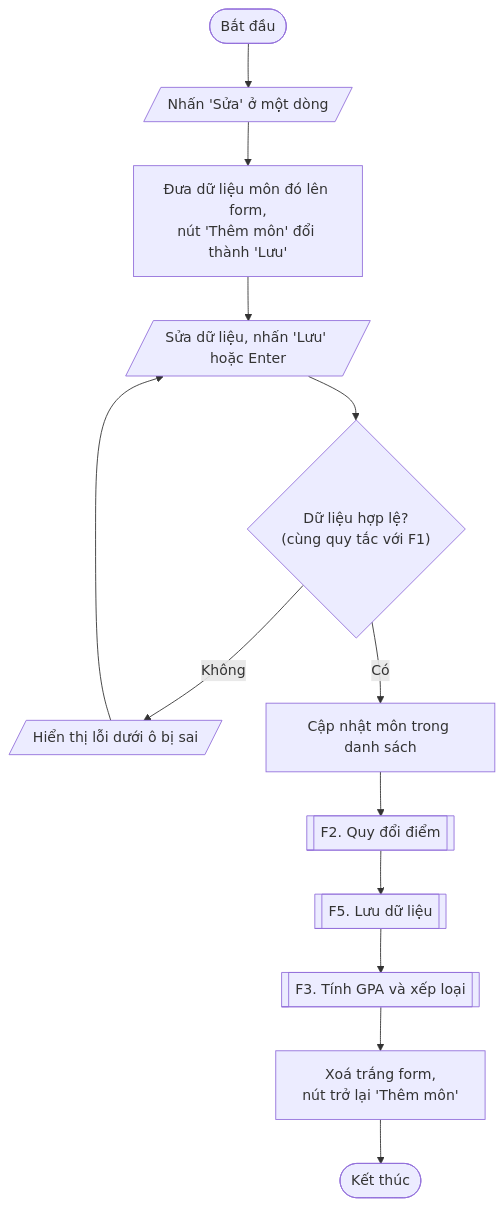
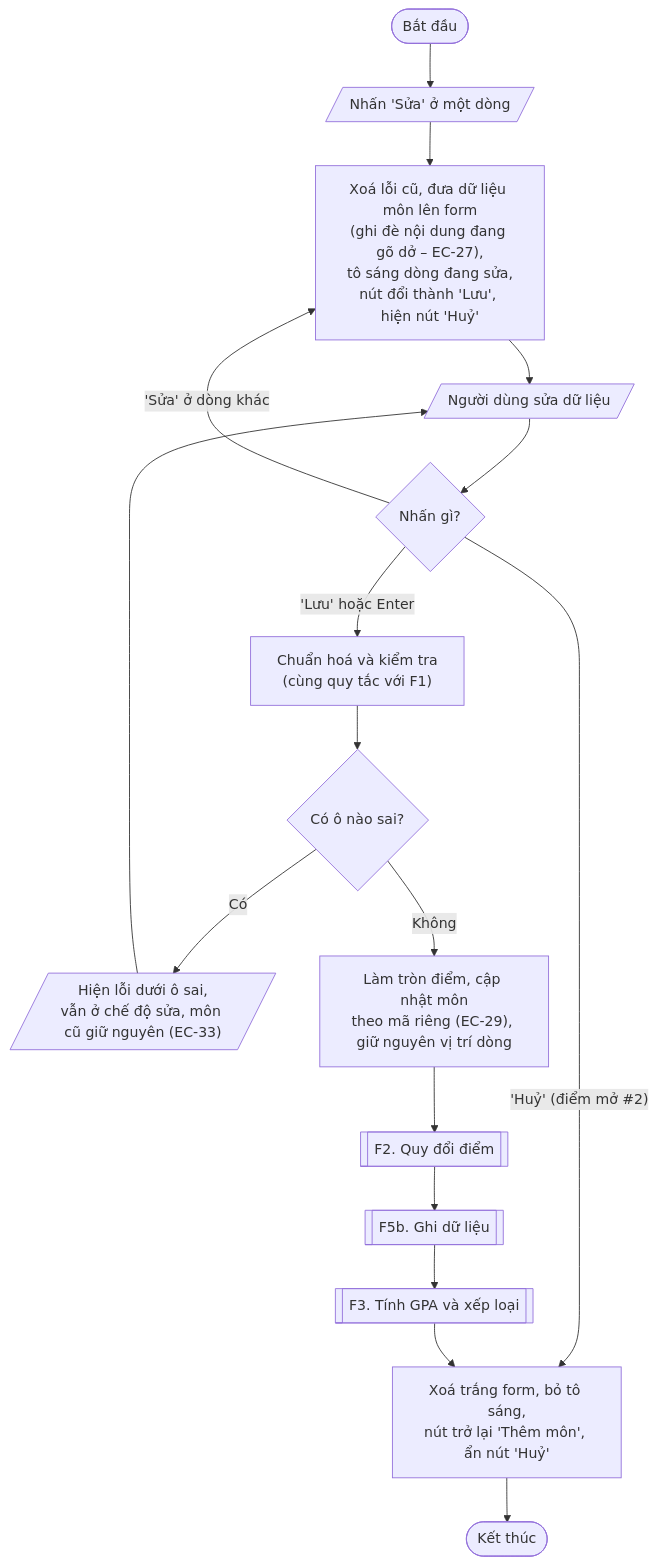
One commit to tqk3101/gpa-tracker changed the fourth of 8 diagrams in docs/flowcharts.md. Above: the diagram before and after it, drawn with Mermaid. The commit also changed other lines of this file and 1 other file, not shown here.

Commit message:
Update flowcharts and status after design phase

````diff
--- a/docs/flowcharts.md
+++ b/docs/flowcharts.md
@@ -133,19 +133,25 @@
 ```mermaid
 flowchart TD
     S@{ shape: stadium, label: "Bắt đầu" }
     CLICK@{ shape: lean-r, label: "Nhấn 'Sửa' ở một dòng" }
-    LOAD@{ shape: rect, label: "Đưa dữ liệu môn đó lên form,<br/>nút 'Thêm môn' đổi thành 'Lưu'" }
-    IN@{ shape: lean-r, label: "Sửa dữ liệu, nhấn 'Lưu' hoặc Enter" }
-    VAL@{ shape: diamond, label: "Dữ liệu hợp lệ?<br/>(cùng quy tắc với F1)" }
-    ERR@{ shape: lean-r, label: "Hiển thị lỗi dưới ô bị sai" }
-    UPD@{ shape: rect, label: "Cập nhật môn trong danh sách" }
+    LOAD@{ shape: rect, label: "Xoá lỗi cũ, đưa dữ liệu môn lên form<br/>(ghi đè nội dung đang gõ dở – EC-27),<br/>tô sáng dòng đang sửa,<br/>nút đổi thành 'Lưu', hiện nút 'Huỷ'" }
+    ACT@{ shape: lean-r, label: "Người dùng sửa dữ liệu" }
+    CHOICE@{ shape: diamond, label: "Nhấn gì?" }
+    CHECK@{ shape: rect, label: "Chuẩn hoá và kiểm tra<br/>(cùng quy tắc với F1)" }
+    VAL@{ shape: diamond, label: "Có ô nào sai?" }
+    ERR@{ shape: lean-r, label: "Hiện lỗi dưới ô sai,<br/>vẫn ở chế độ sửa, môn cũ giữ nguyên (EC-33)" }
+    UPD@{ shape: rect, label: "Làm tròn điểm, cập nhật môn<br/>theo mã riêng (EC-29), giữ nguyên vị trí dòng" }
     F2@{ shape: fr-rect, label: "F2. Quy đổi điểm" }
-    F5@{ shape: fr-rect, label: "F5. Lưu dữ liệu" }
+    F5@{ shape: fr-rect, label: "F5b. Ghi dữ liệu" }
     F3@{ shape: fr-rect, label: "F3. Tính GPA và xếp loại" }
-    RESET@{ shape: rect, label: "Xoá trắng form,<br/>nút trở lại 'Thêm môn'" }
+    RESET@{ shape: rect, label: "Xoá trắng form, bỏ tô sáng,<br/>nút trở lại 'Thêm môn', ẩn nút 'Huỷ'" }
     E@{ shape: stadium, label: "Kết thúc" }
 
-    S --> CLICK --> LOAD --> IN --> VAL
-    VAL -->|Không| ERR --> IN
-    VAL -->|Có| UPD --> F2 --> F5 --> F3 --> RESET --> E
+    S --> CLICK --> LOAD --> ACT --> CHOICE
+    CHOICE -->|"'Huỷ' (điểm mở #2)"| RESET
+    CHOICE -->|"'Sửa' ở dòng khác"| LOAD
+    CHOICE -->|"'Lưu' hoặc Enter"| CHECK --> VAL
+    VAL -->|Có| ERR --> ACT
+    VAL -->|Không| UPD --> F2 --> F5 --> F3 --> RESET
+    RESET --> E
 ```
````
